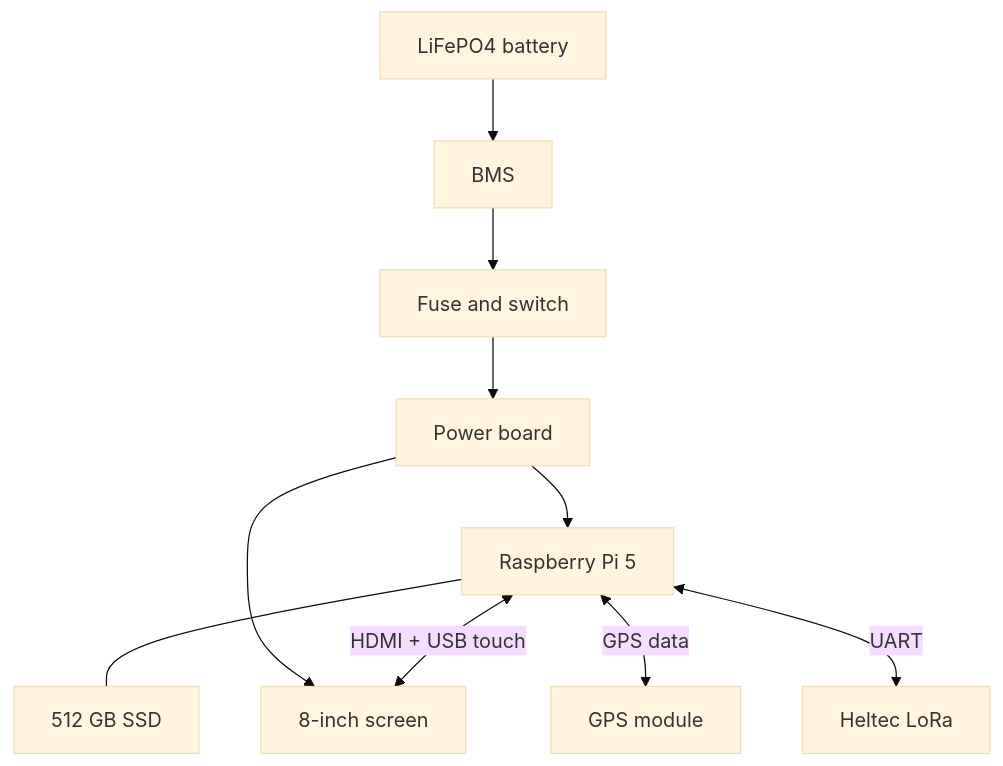
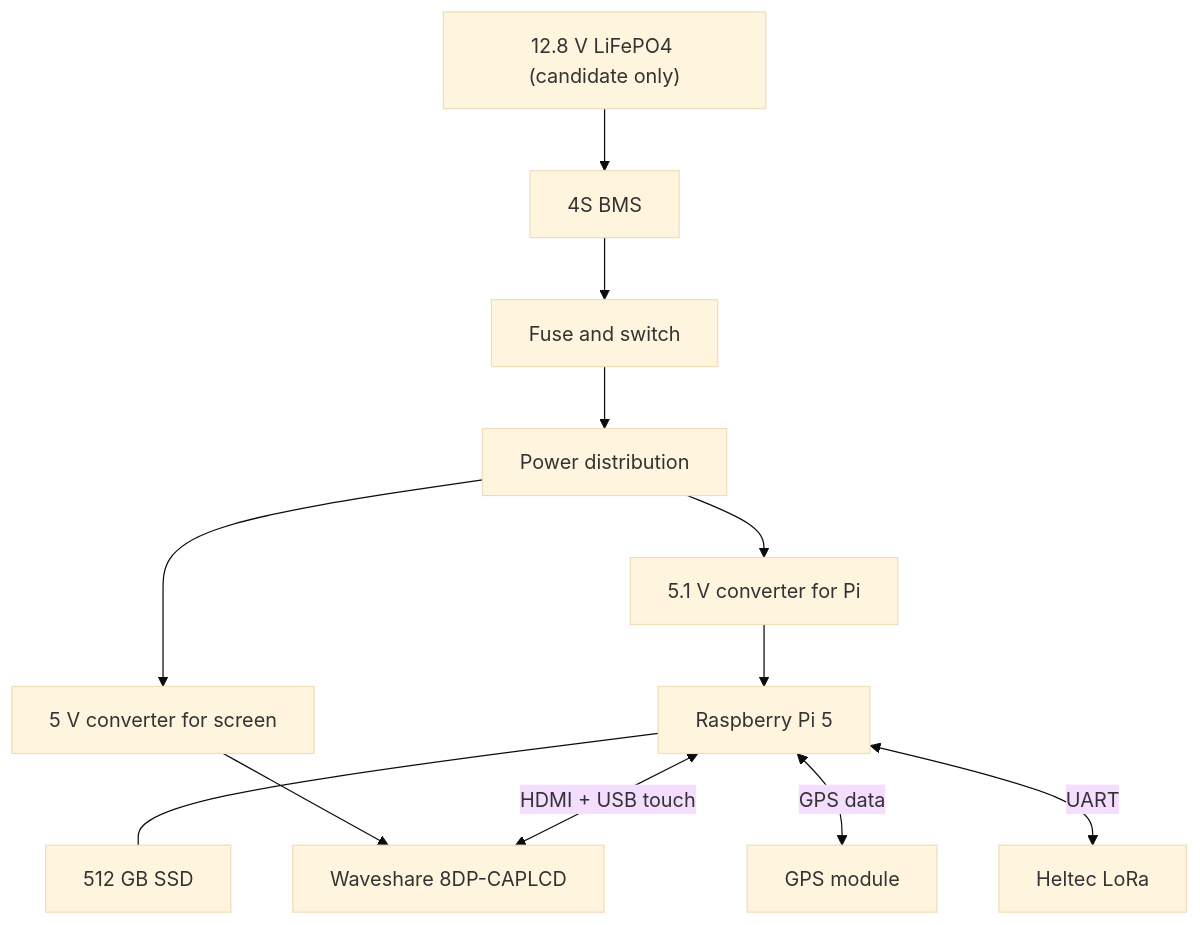
The first of 2 diagrams in docs/system-block-diagram.md (azoiu/OFFGRID-Field-Station), drawn with Mermaid (base theme) before and after one commit. The commit also changed other lines of this file, not shown here.

Commit message:
Update system diagram with separate power outputs

````diff
--- a/docs/system-block-diagram.md
+++ b/docs/system-block-diagram.md
@@ -7,20 +7,22 @@
 ```mermaid
 flowchart TB
-    BAT["LiFePO4 battery"]
-    BMS["BMS"]
+    BAT["12.8 V LiFePO4 (candidate only)"]
+    BMS["4S BMS"]
     FUSE["Fuse and switch"]
-    PWR["Power board"]
+    PWR["Power distribution"]
+    PI5V["5.1 V converter for Pi"]
+    LCD5V["5 V converter for screen"]
     PI["Raspberry Pi 5"]
     SSD["512 GB SSD"]
-    LCD["8-inch screen"]
+    LCD["Waveshare 8DP-CAPLCD"]
     GPS["GPS module"]
     LORA["Heltec LoRa"]
 
     BAT --> BMS --> FUSE --> PWR
-    PWR --> PI
-    PWR --> LCD
+    PWR --> PI5V --> PI
+    PWR --> LCD5V --> LCD
     PI --- SSD
     PI <-->|"HDMI + USB touch"| LCD
     PI <-->|"GPS data"| GPS
     PI <-->|"UART"| LORA
 ```
````
